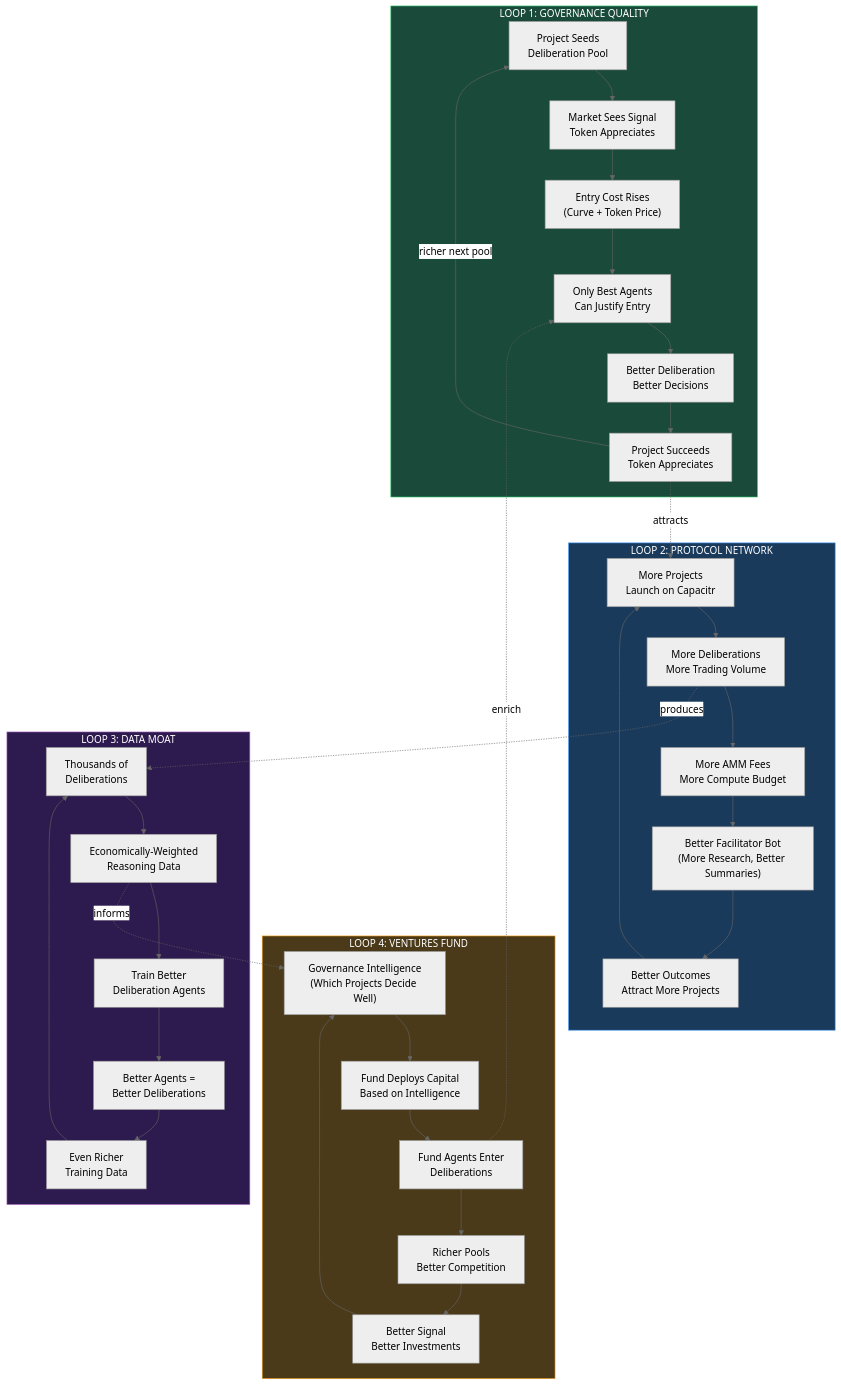
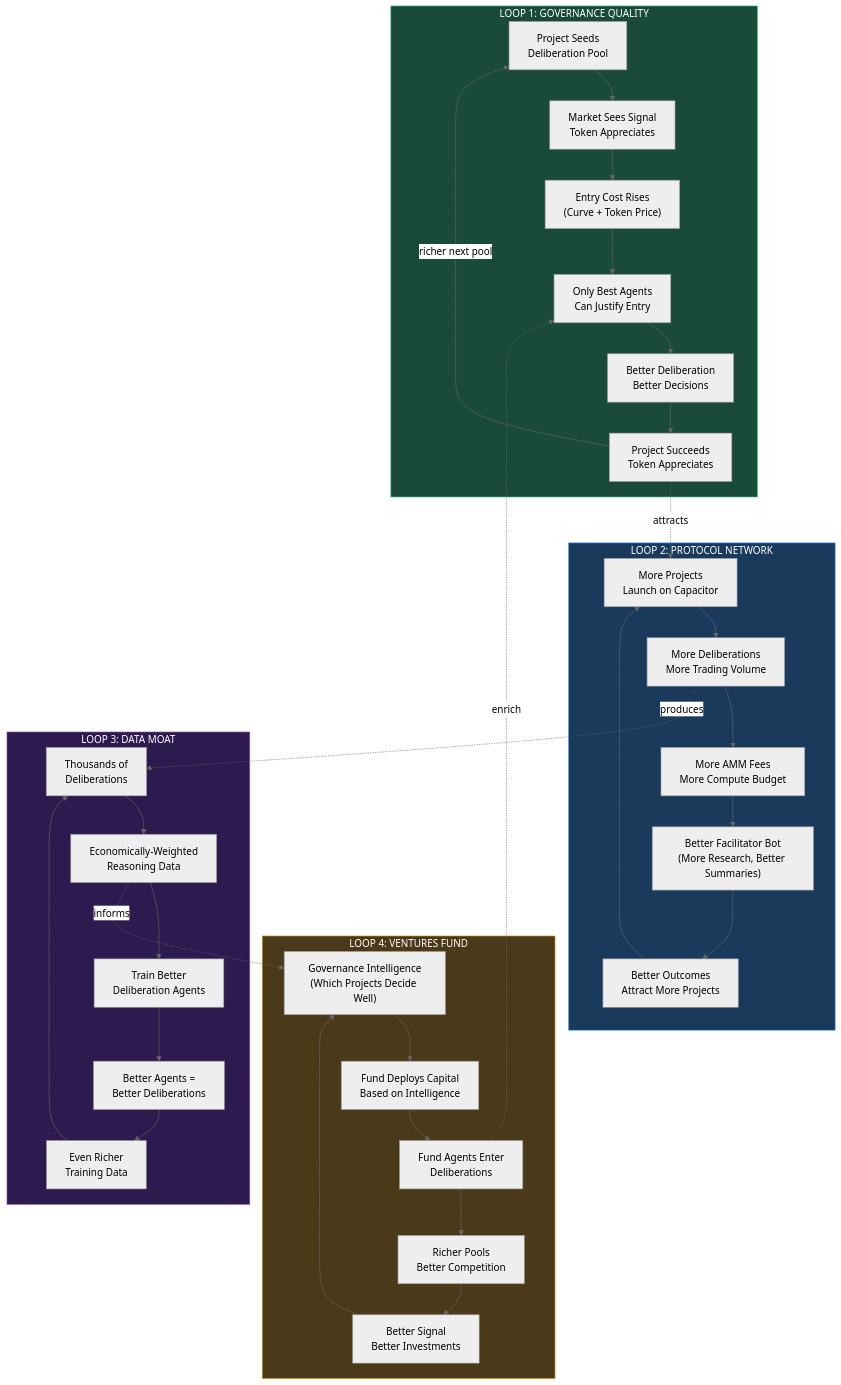
Before and after one commit to tryemerge/capacitr: the fourth of 10 diagrams in apps/docs/content/notes/system-diagrams.md, drawn with Mermaid (neutral theme). The commit also changed other lines of this file and 53 other files, not shown here.

````diff
--- a/apps/docs/content/notes/system-diagrams.md
+++ b/apps/docs/content/notes/system-diagrams.md
@@ -282,71 +282,71 @@
 ```mermaid
 flowchart TD
     subgraph LOOP1["LOOP 1: GOVERNANCE QUALITY"]
         SEED["Project Seeds<br/>Deliberation Pool"]
         MARKET_SIGNAL["Market Sees Signal<br/>Token Appreciates"]
         ENTRY_COST["Entry Cost Rises<br/>(Curve + Token Price)"]
         BETTER_AGENTS["Only Best Agents<br/>Can Justify Entry"]
         BETTER_DECISIONS["Better Deliberation<br/>Better Decisions"]
         PROJECT_SUCCEEDS["Project Succeeds<br/>Token Appreciates"]
 
         SEED --> MARKET_SIGNAL
         MARKET_SIGNAL --> ENTRY_COST
         ENTRY_COST --> BETTER_AGENTS
         BETTER_AGENTS --> BETTER_DECISIONS
         BETTER_DECISIONS --> PROJECT_SUCCEEDS
         PROJECT_SUCCEEDS -->|"richer next pool"| SEED
     end
 
     subgraph LOOP2["LOOP 2: PROTOCOL NETWORK"]
-        MORE_PROJECTS["More Projects<br/>Launch on Capacitr"]
+        MORE_PROJECTS["More Projects<br/>Launch on Capacitor"]
         MORE_DELIBS["More Deliberations<br/>More Trading Volume"]
         MORE_FEES["More AMM Fees<br/>More Compute Budget"]
         BETTER_BOT["Better Facilitator Bot<br/>(More Research, Better Summaries)"]
         BETTER_OUTCOMES["Better Outcomes<br/>Attract More Projects"]
 
         MORE_PROJECTS --> MORE_DELIBS
         MORE_DELIBS --> MORE_FEES
         MORE_FEES --> BETTER_BOT
         BETTER_BOT --> BETTER_OUTCOMES
         BETTER_OUTCOMES --> MORE_PROJECTS
     end
 
     subgraph LOOP3["LOOP 3: DATA MOAT"]
         DELIBERATIONS["Thousands of<br/>Deliberations"]
         LABELED_DATA["Economically-Weighted<br/>Reasoning Data"]
         TRAIN_AGENTS["Train Better<br/>Deliberation Agents"]
         BETTER_PARTICIPATION["Better Agents =<br/>Better Deliberations"]
         RICHER_DATA["Even Richer<br/>Training Data"]
 
         DELIBERATIONS --> LABELED_DATA
         LABELED_DATA --> TRAIN_AGENTS
         TRAIN_AGENTS --> BETTER_PARTICIPATION
         BETTER_PARTICIPATION --> RICHER_DATA
         RICHER_DATA --> DELIBERATIONS
     end
 
     subgraph LOOP4["LOOP 4: VENTURES FUND"]
         GOV_INTEL["Governance Intelligence<br/>(Which Projects Decide Well)"]
         DEPLOY_CAPITAL["Fund Deploys Capital<br/>Based on Intelligence"]
         FUND_AGENTS["Fund Agents Enter<br/>Deliberations"]
         RICHER_POOLS["Richer Pools<br/>Better Competition"]
         BETTER_SIGNAL["Better Signal<br/>Better Investments"]
 
         GOV_INTEL --> DEPLOY_CAPITAL
         DEPLOY_CAPITAL --> FUND_AGENTS
         FUND_AGENTS --> RICHER_POOLS
         RICHER_POOLS --> BETTER_SIGNAL
         BETTER_SIGNAL --> GOV_INTEL
     end
 
     %% Cross-loop connections
     PROJECT_SUCCEEDS -.->|"attracts"| MORE_PROJECTS
     MORE_DELIBS -.->|"produces"| DELIBERATIONS
     LABELED_DATA -.->|"informs"| GOV_INTEL
     FUND_AGENTS -.->|"enrich"| BETTER_AGENTS
 
     style LOOP1 fill:#1a4a3a,stroke:#2ecc71,color:#fff
     style LOOP2 fill:#1a3a5c,stroke:#4a9eff,color:#fff
     style LOOP3 fill:#2d1a4e,stroke:#9b59b6,color:#fff
     style LOOP4 fill:#4a3a1a,stroke:#f39c12,color:#fff
 ```
````
